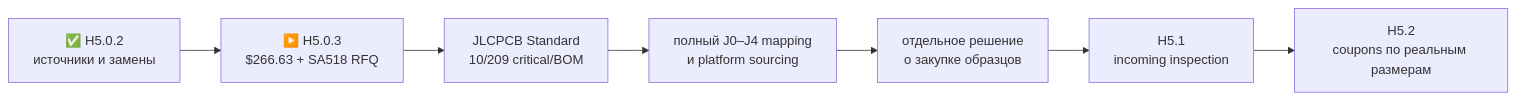
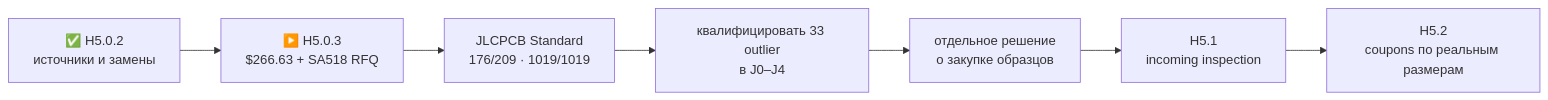
The diagram in docs/component-sample-basket.ru.md (anton-vinogradov/esp32-leshy2), drawn with Mermaid before and after one commit. The commit also changed other lines of this file and 21 other files, not shown here.

Commit message:
Capture JLCPCB full BOM match

````diff
--- a/docs/component-sample-basket.ru.md
+++ b/docs/component-sample-basket.ru.md
@@ -7,9 +7,9 @@
 ```mermaid
 flowchart LR
   R["✅ H5.0.2<br/>источники и замены"] --> B["▶️ H5.0.3<br/>$266.63 + SA518 RFQ"]
-  B --> P["JLCPCB Standard<br/>10/209 critical/BOM"]
-  P --> Q["полный J0–J4 mapping<br/>и platform sourcing"]
+  B --> P["JLCPCB Standard<br/>176/209 · 1019/1019"]
+  P --> Q["квалифицировать 33 outlier<br/>в J0–J4"]
   Q --> A["отдельное решение<br/>о закупке образцов"]
   A --> H51["H5.1<br/>incoming inspection"]
   H51 --> H52["H5.2<br/>coupons по реальным размерам"]
 ```
````
